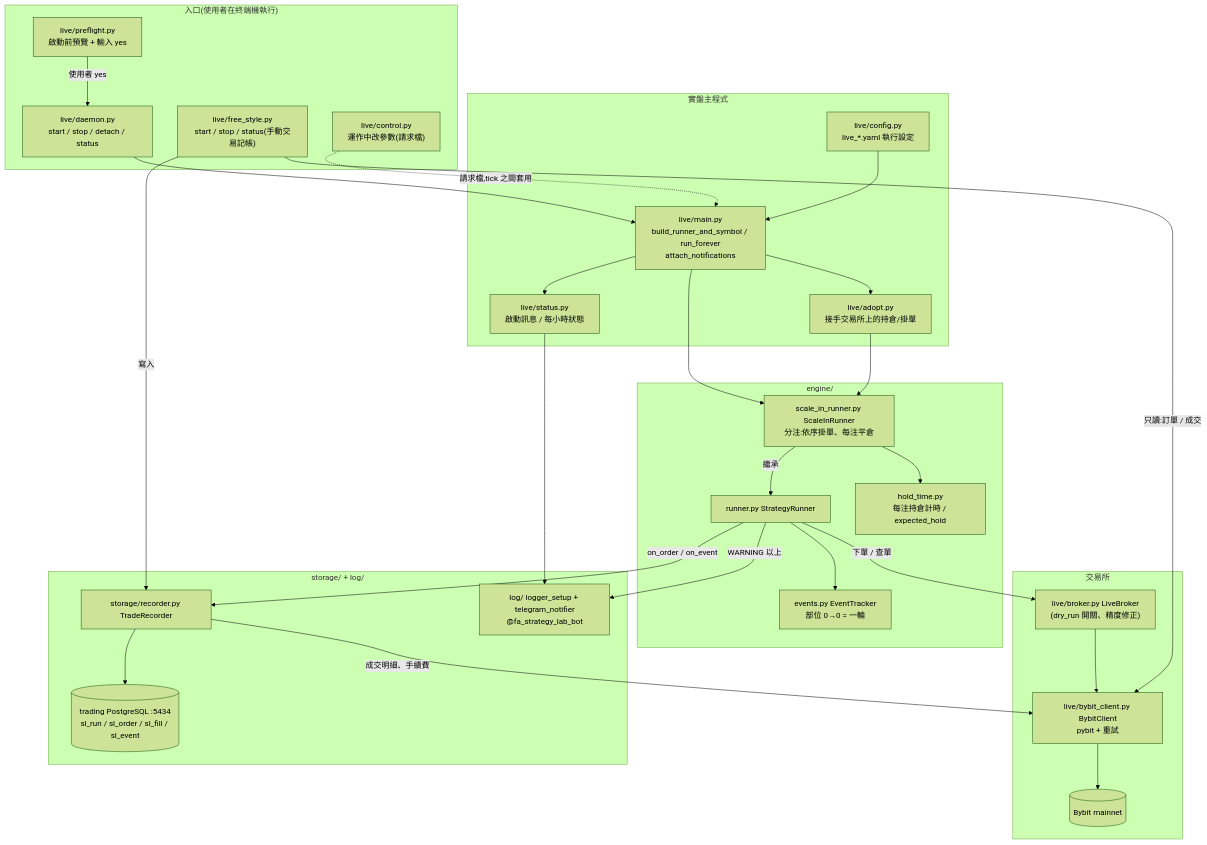
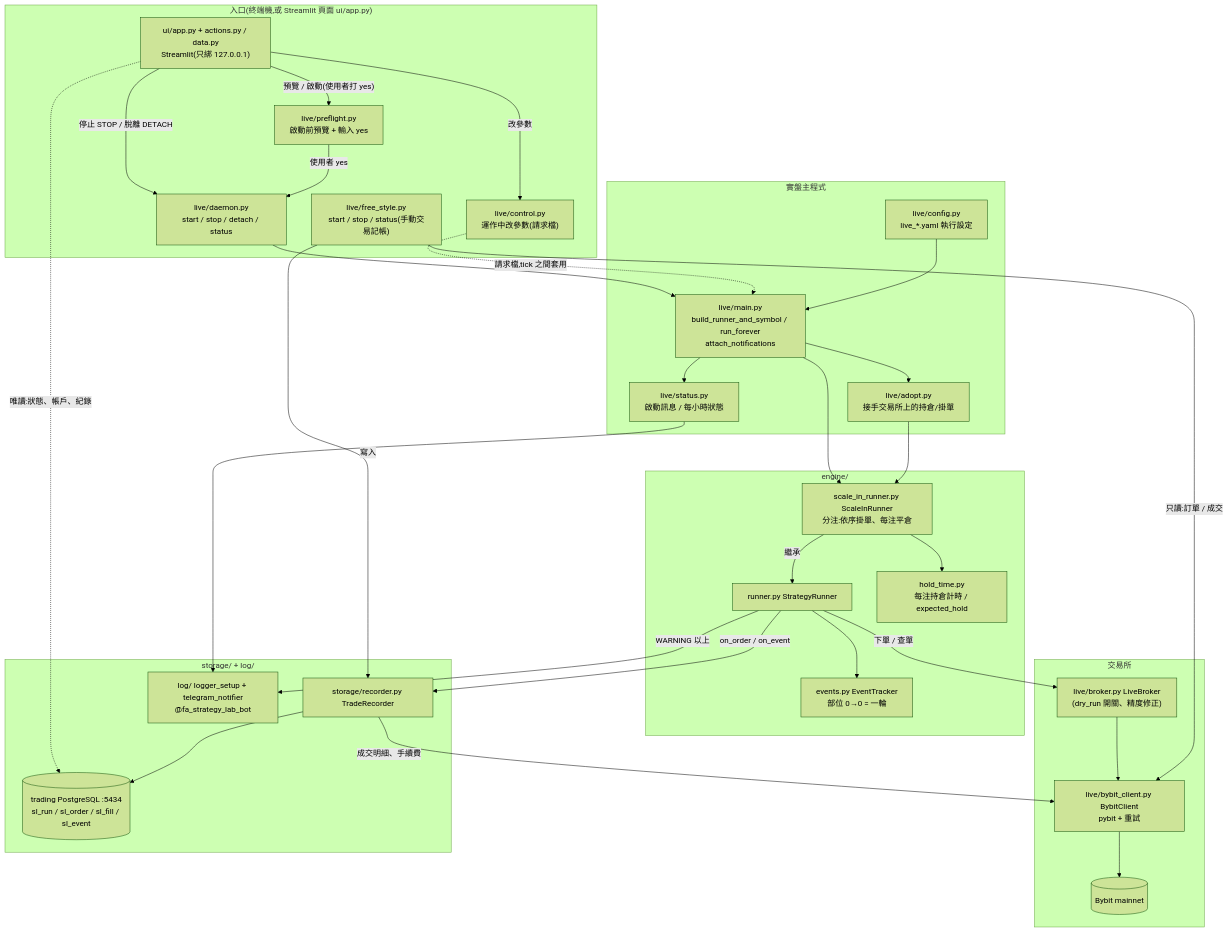
One commit to youcoolFa/strategy_lab changed the second of 3 diagrams in docs/ARCHITECTURE.md. Above: the diagram before and after it, drawn with Mermaid (forest theme). The commit also changed other lines of this file and 13 other files, not shown here.

````diff
--- a/docs/ARCHITECTURE.md
+++ b/docs/ARCHITECTURE.md
@@ -104,51 +105,56 @@
 ```mermaid
 flowchart TD
-    subgraph Entry["入口(使用者在終端機執行)"]
+    subgraph Entry["入口(終端機,或 Streamlit 頁面 ui/app.py)"]
+        UI["ui/app.py + actions.py / data.py<br/>Streamlit(只綁 127.0.0.1)"]
         PF["live/preflight.py<br/>啟動前預覽 + 輸入 yes"]
         DM["live/daemon.py<br/>start / stop / detach / status"]
         CT["live/control.py<br/>運作中改參數(請求檔)"]
         FS["live/free_style.py<br/>start / stop / status(手動交易記帳)"]
     end
 
     subgraph Run["實盤主程式"]
         MAIN["live/main.py<br/>build_runner_and_symbol / run_forever<br/>attach_notifications"]
         CFG["live/config.py<br/>live_*.yaml 執行設定"]
         ADOPT["live/adopt.py<br/>接手交易所上的持倉/掛單"]
         ST["live/status.py<br/>啟動訊息 / 每小時狀態"]
     end
 
     subgraph Engine["engine/"]
         SR["runner.py StrategyRunner"]
         SIR["scale_in_runner.py ScaleInRunner<br/>分注:依序掛單、每注平倉"]
         EV["events.py EventTracker<br/>部位 0→0 = 一輪"]
         HT["hold_time.py<br/>每注持倉計時 / expected_hold"]
     end
 
     subgraph Exchange["交易所"]
         LB["live/broker.py LiveBroker<br/>(dry_run 開關、精度修正)"]
         BC["live/bybit_client.py BybitClient<br/>pybit + 重試"]
         BY[("Bybit mainnet")]
     end
 
     subgraph Store["storage/ + log/"]
         REC["storage/recorder.py TradeRecorder"]
         DB[("trading PostgreSQL :5434<br/>sl_run / sl_order / sl_fill / sl_event")]
         TG["log/ logger_setup + telegram_notifier<br/>@fa_strategy_lab_bot"]
     end
 
+    UI -->|"預覽 / 啟動(使用者打 yes)"| PF
+    UI -->|"改參數"| CT
+    UI -->|"停止 STOP / 脫離 DETACH"| DM
+    UI -.->|"唯讀:狀態、帳戶、紀錄"| DB
     PF -->|"使用者 yes"| DM --> MAIN
     CT -.->|"請求檔,tick 之間套用"| MAIN
     CFG --> MAIN
     MAIN --> SIR
     SIR -->|繼承| SR
     SR --> EV
     SIR --> HT
     MAIN --> ADOPT --> SIR
     SR -->|下單 / 查單| LB --> BC --> BY
     SR -->|on_order / on_event| REC --> DB
     REC -->|成交明細、手續費| BC
     MAIN --> ST --> TG
     SR -->|WARNING 以上| TG
     FS -->|"只讀:訂單 / 成交"| BC
     FS -->|寫入| REC
 ```
````
